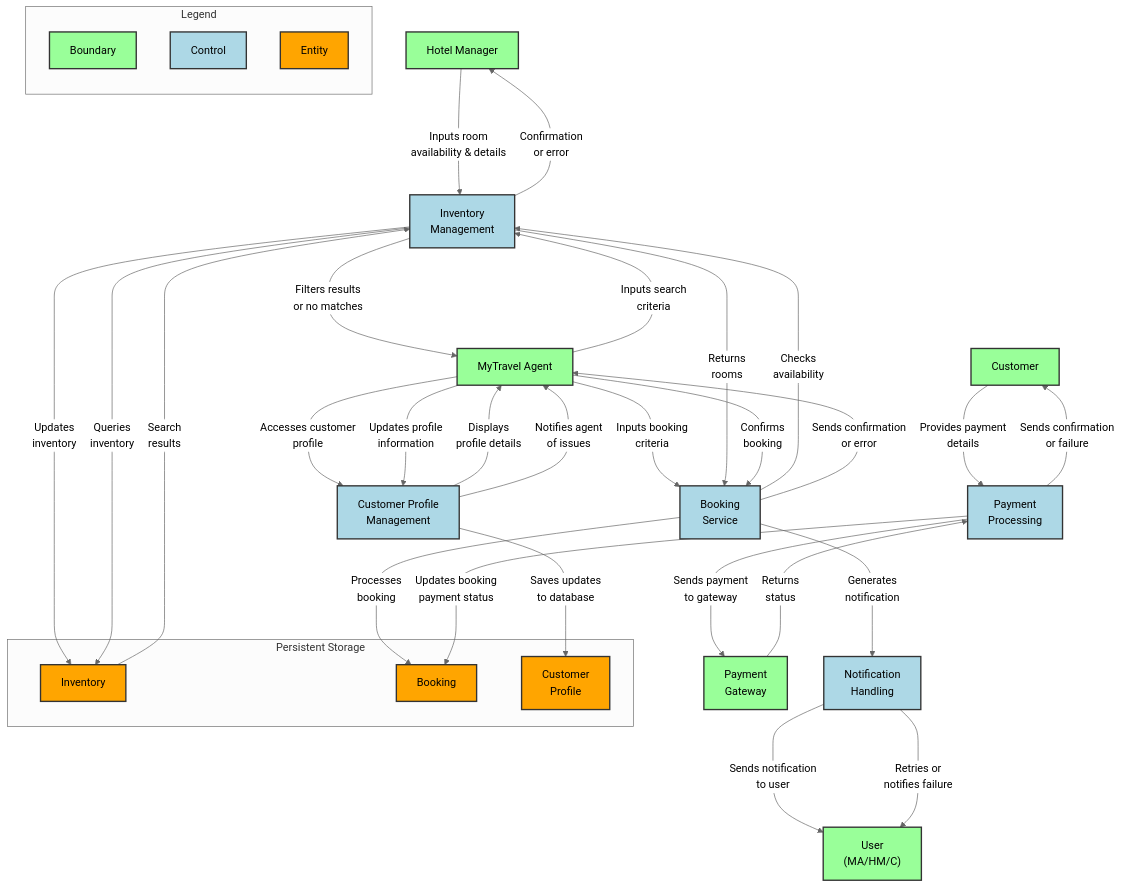
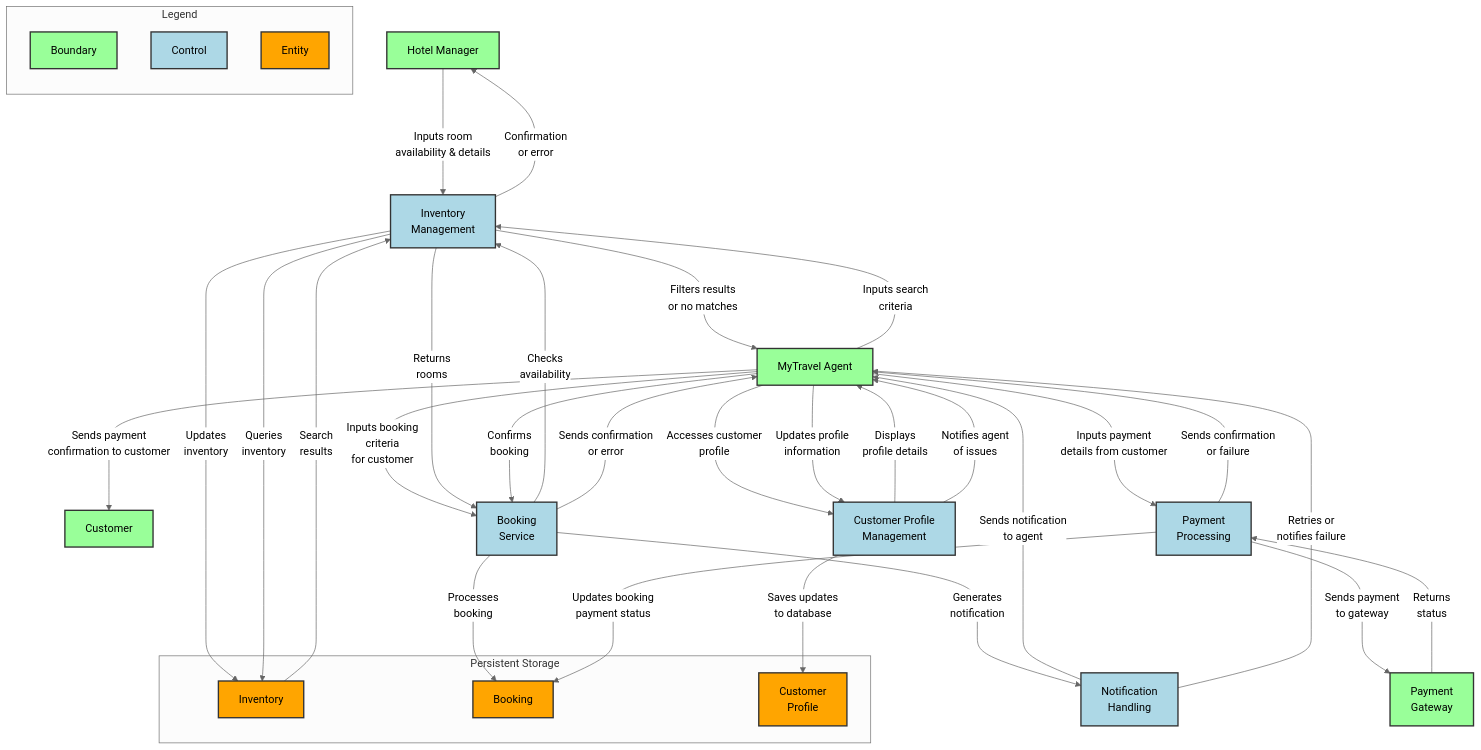
Before and after one commit to asa-holland/cpsc541-SysSWStandsReqs: diagram 12 of 12 in Diagrams.md, drawn with Mermaid (neutral theme). The commit also changed other lines of this file, not shown here.

Commit message:
make changes

````diff
--- a/Diagrams.md
+++ b/Diagrams.md
@@ -418,78 +417,79 @@
 ```mermaid
 graph TD
     %% Boundary (Green)
     HM["Hotel Manager"]:::boundary
     MA["MyTravel Agent"]:::boundary
     C["Customer"]:::boundary
-    U["User<br/>(MA/HM/C)"]:::boundary
 
     %% Control (Blue)
     IM["Inventory<br/>Management"]:::control
     BS["Booking<br/>Service"]:::control
     PP["Payment<br/>Processing"]:::control
     NH["Notification<br/>Handling"]:::control
     CPM["Customer Profile<br/>Management"]:::control
 
     %% Entity (Orange)
     subgraph Database [Persistent Storage]
         DB["Inventory"]:::entity
         BD["Booking"]:::entity
         CPD["Customer<br/>Profile"]:::entity
     end
 
     %% FR1: Manage Inventory
     HM --->|Inputs room<br/>availability & details| IM
     IM --->|Updates<br/>inventory| DB
     IM --->|Confirmation<br/>or error| HM
 
     %% FR2: Search Inventory
     MA --->|Inputs search<br/>criteria| IM
     IM --->|Queries<br/>inventory| DB
     DB --->|Search<br/>results| IM
     IM --->|Filters results<br/>or no matches| MA
 
     %% FR3: Book Room
-    MA --->|Inputs booking<br/>criteria| BS
+    MA --->|Inputs booking<br/>criteria<br/>for customer| BS
     BS --->|Checks<br/>availability| IM
     IM --->|Returns<br/>rooms| BS
     MA --->|Confirms<br/>booking| BS
     BS --->|Processes<br/>booking| BD
     BS --->|Sends confirmation<br/>or error| MA
 
     %% FR4: Process Payment
-    C --->|Provides payment<br/>details| PP
+    MA --->|Inputs payment<br/>details from customer| PP
     PP --->|Sends payment<br/>to gateway| PP_GATEWAY["Payment<br/>Gateway"]:::boundary
     PP_GATEWAY --->|Returns<br/>status| PP
     PP --->|Updates booking<br/>payment status| BD
-    PP --->|Sends confirmation<br/>or failure| C
+    PP --->|Sends confirmation<br/>or failure| MA
+    MA --->|Sends payment<br/>confirmation to customer| C
 
     %% FR5: Send Notification
     BS --->|Generates<br/>notification| NH
-    NH --->|Sends notification<br/>to user| U
-    NH --->|Retries or<br/>notifies failure| U
+    NH --->|Sends notification<br/>to agent| MA
+    NH --->|Retries or<br/>notifies failure| MA
 
     %% FR6: Manage Customer Profile
     MA --->|Accesses customer<br/>profile| CPM
     CPM --->|Displays<br/>profile details| MA
     MA --->|Updates profile<br/>information| CPM
     CPM --->|Saves updates<br/>to database| CPD
     CPM --->|Notifies agent<br/>of issues| MA
 
     %% Legend
     subgraph Legend
         direction TB
         L1["Boundary"]:::boundary
         L2["Control"]:::control
         L3["Entity"]:::entity
     end
 
     %% Class Definitions
     classDef boundary fill:#99FF99,stroke:#333,stroke-width:2px;
     classDef control fill:#ADD8E6,stroke:#333,stroke-width:2px;
     classDef entity fill:#FFA500,stroke:#333,stroke-width:2px;
 
     %% Class Assignments
     class HM,MA,C,U,PP_GATEWAY,L1 boundary;
     class IM,BS,PP,NH,CPM,L2 control;
     class DB,BD,CPD,L3 entity;
+
 ```
````
